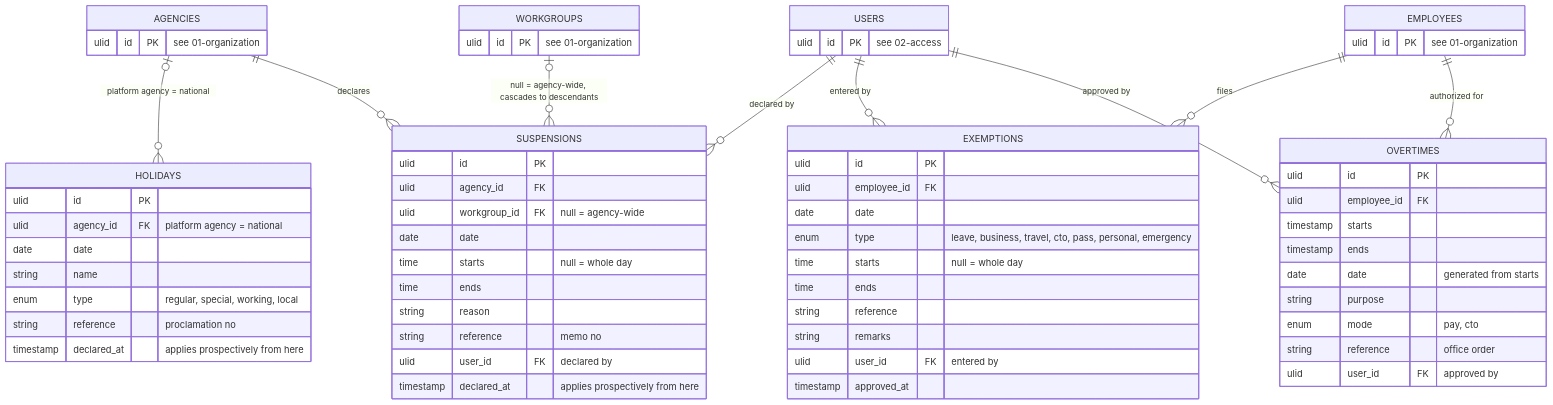
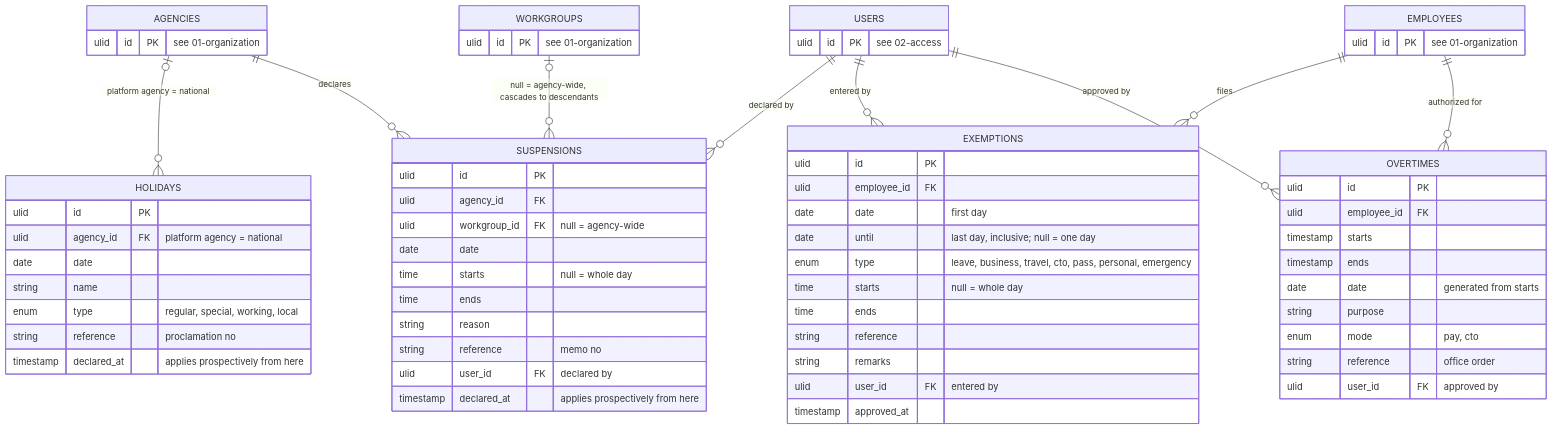
The diagram in docs/design/05-calendar.md (joowdx/khronoz), drawn with Mermaid before and after one commit. The commit also changed other lines of this file and 10 other files, not shown here.

````diff
--- a/docs/design/05-calendar.md
+++ b/docs/design/05-calendar.md
@@ -5,68 +5,69 @@
 ```mermaid
 erDiagram
     AGENCIES  |o--o{ HOLIDAYS    : "platform agency = national"
     AGENCIES  ||--o{ SUSPENSIONS : "declares"
     WORKGROUPS     |o--o{ SUSPENSIONS : "null = agency-wide, cascades to descendants"
     USERS     ||--o{ SUSPENSIONS : "declared by"
     EMPLOYEES ||--o{ EXEMPTIONS  : "files"
     USERS     ||--o{ EXEMPTIONS  : "entered by"
     EMPLOYEES ||--o{ OVERTIMES   : "authorized for"
     USERS     ||--o{ OVERTIMES   : "approved by"
 
     HOLIDAYS {
         ulid id PK
         ulid agency_id FK "platform agency = national"
         date date
         string name
         enum type "regular, special, working, local"
         string reference "proclamation no"
         timestamp declared_at "applies prospectively from here"
     }
     SUSPENSIONS {
         ulid id PK
         ulid agency_id FK
         ulid workgroup_id FK "null = agency-wide"
         date date
         time starts "null = whole day"
         time ends
         string reason
         string reference "memo no"
         ulid user_id FK "declared by"
         timestamp declared_at "applies prospectively from here"
     }
     EXEMPTIONS {
         ulid id PK
         ulid employee_id FK
-        date date
+        date date "first day"
+        date until "last day, inclusive; null = one day"
         enum type "leave, business, travel, cto, pass, personal, emergency"
         time starts "null = whole day"
         time ends
         string reference
         string remarks
         ulid user_id FK "entered by"
         timestamp approved_at
     }
     OVERTIMES {
         ulid id PK
         ulid employee_id FK
         timestamp starts
         timestamp ends
         date date "generated from starts"
         string purpose
         enum mode "pay, cto"
         string reference "office order"
         ulid user_id FK "approved by"
     }
     AGENCIES {
         ulid id PK "see 01-organization"
     }
     WORKGROUPS {
         ulid id PK "see 01-organization"
     }
     EMPLOYEES {
         ulid id PK "see 01-organization"
     }
     USERS {
         ulid id PK "see 02-access"
     }
 ```
````
